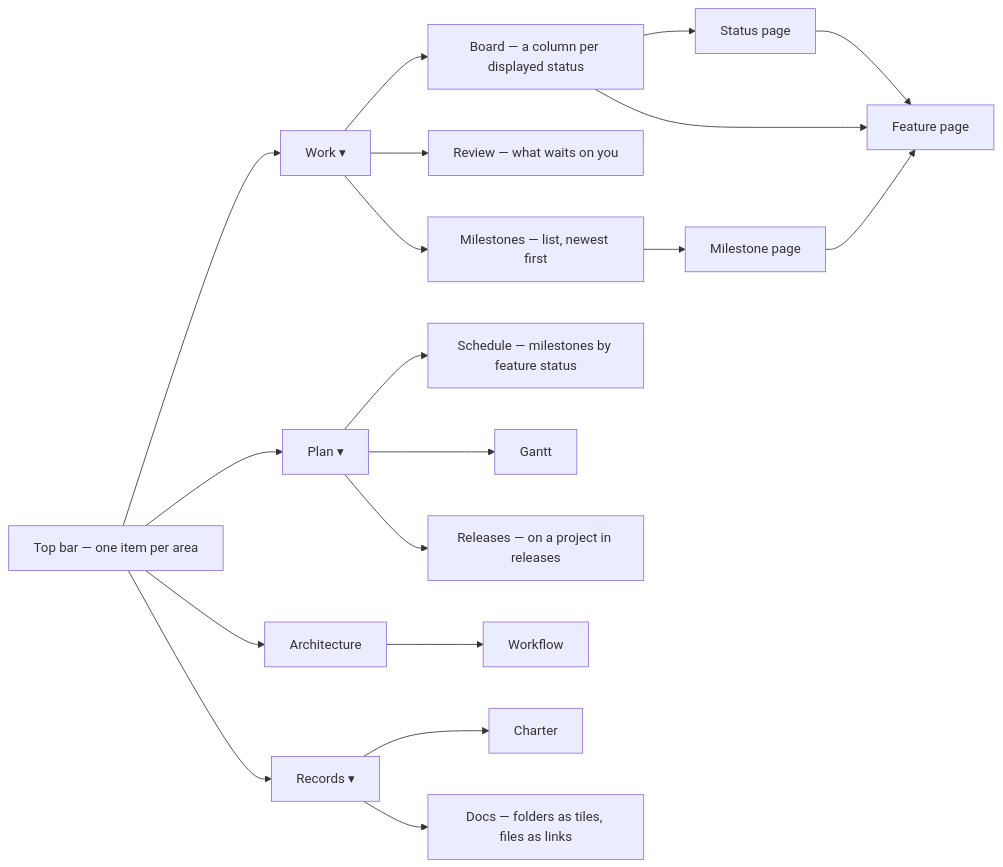
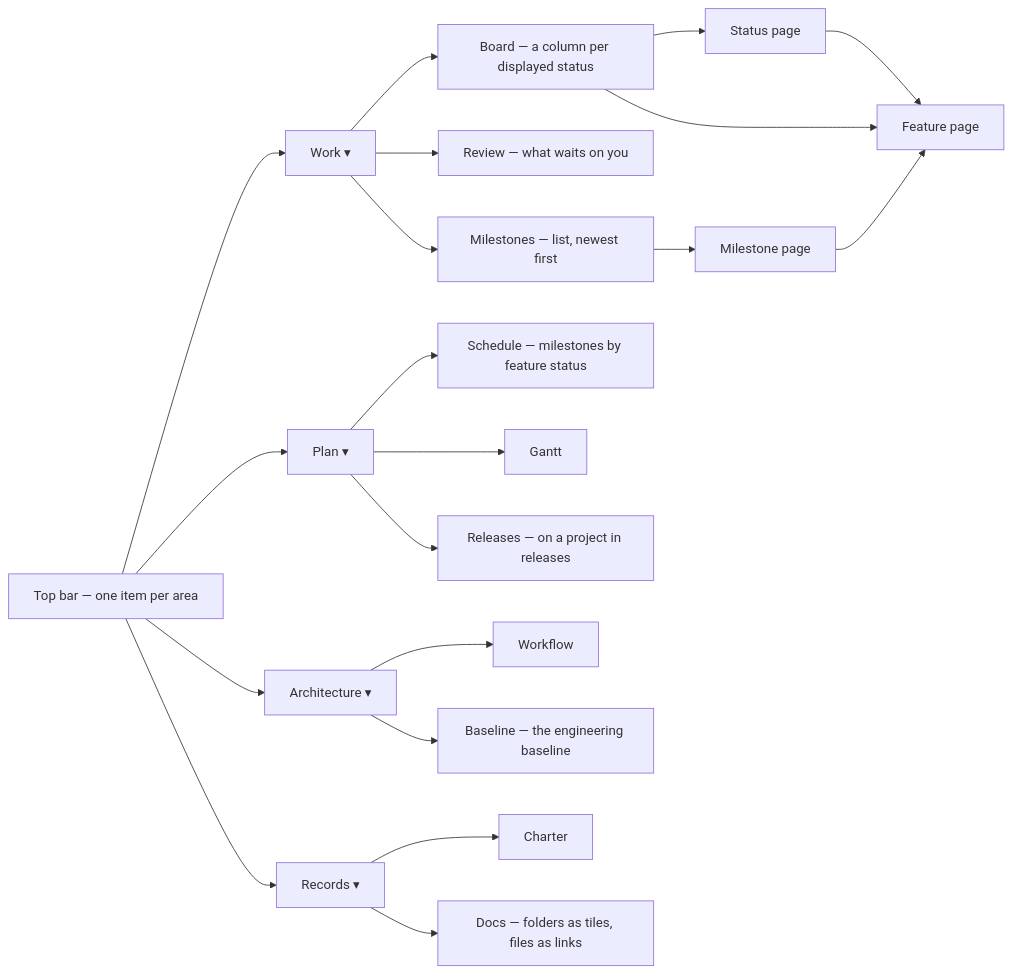
One commit to startr-trade/kanbanr changed the diagram in docs/guide/using/the-monitor.md. Above: the diagram before and after it, drawn with Mermaid. The commit also changed other lines of this file and 12 other files, not shown here.

````diff
--- a/docs/guide/using/the-monitor.md
+++ b/docs/guide/using/the-monitor.md
@@ -230,36 +230,38 @@
 ```mermaid
 flowchart LR
   Bar["Top bar — one item per area"]
   Work["Work ▾"]
   Plan["Plan ▾"]
-  Arch["Architecture"]
+  Arch["Architecture ▾"]
   Rec["Records ▾"]
   Board["Board — a column per displayed status"]
   Review["Review — what waits on you"]
   Ms["Milestones — list, newest first"]
   Sched["Schedule — milestones by feature status"]
   Gantt["Gantt"]
   Rel["Releases — on a project in releases"]
   Wf["Workflow"]
+  Base["Baseline — the engineering baseline"]
   Charter["Charter"]
   Docs["Docs — folders as tiles, files as links"]
   Status["Status page"]
   Feature["Feature page"]
   MsOne["Milestone page"]
   Bar --> Work
   Bar --> Plan
   Bar --> Arch
   Bar --> Rec
   Work --> Board
   Work --> Review
   Work --> Ms
   Plan --> Sched
   Plan --> Gantt
   Plan --> Rel
   Arch --> Wf
+  Arch --> Base
   Rec --> Charter
   Rec --> Docs
   Board --> Status --> Feature
   Board --> Feature
   Ms --> MsOne --> Feature
 ```
````
